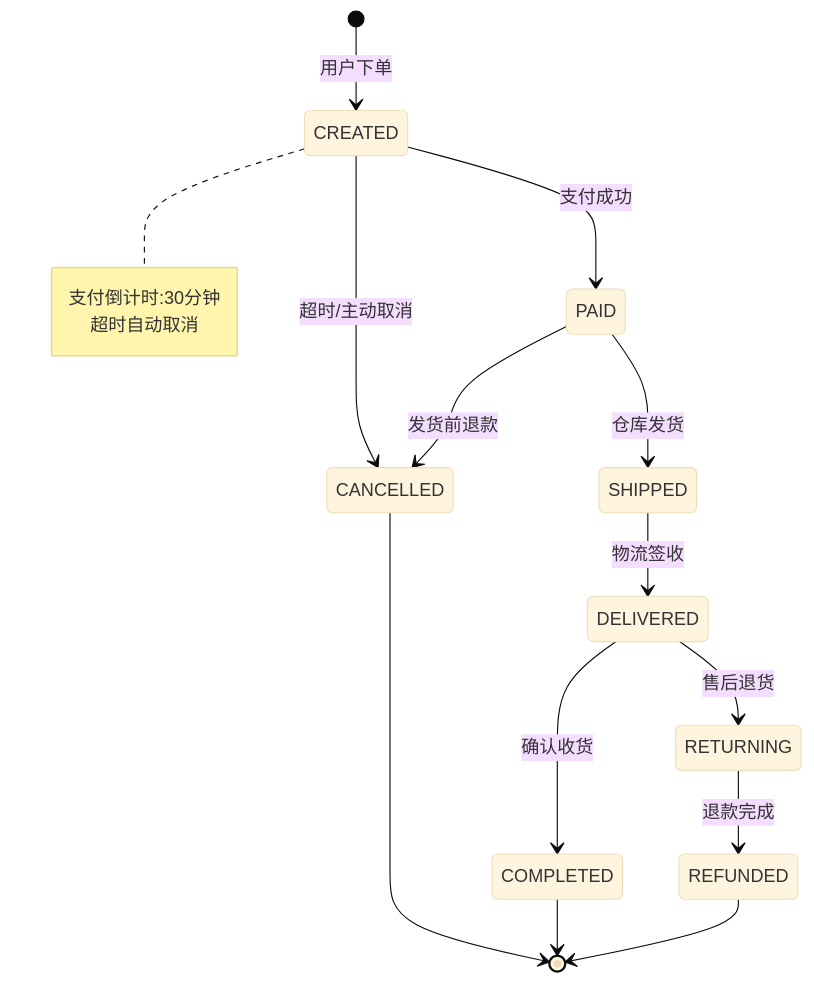
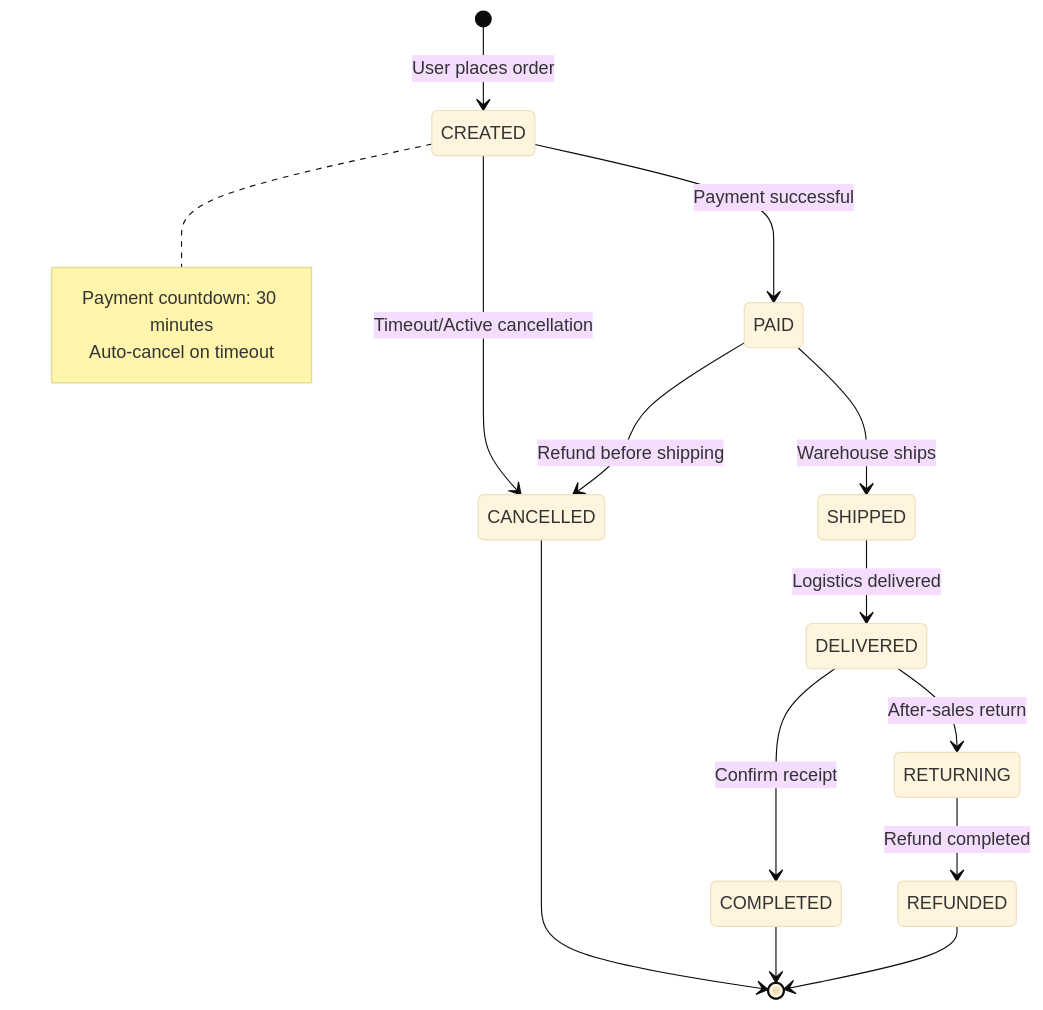
One commit to Kirky-X/cangjie changed the ninth of 15 diagrams in templates/产品/技术层/【模板】架构设计文档.md. Above: the diagram before and after it, drawn with Mermaid (base theme). The commit also changed other lines of this file and 60 other files, not shown here.

````diff
--- a/templates/产品/技术层/【模板】架构设计文档.md
+++ b/templates/产品/技术层/【模板】架构设计文档.md
@@ -424,20 +424,20 @@
 ```mermaid
 stateDiagram-v2
-    [*] --> CREATED: 用户下单
-    CREATED --> PAID: 支付成功
-    CREATED --> CANCELLED: 超时/主动取消
-    PAID --> SHIPPED: 仓库发货
-    PAID --> CANCELLED: 发货前退款
-    SHIPPED --> DELIVERED: 物流签收
-    DELIVERED --> COMPLETED: 确认收货
-    DELIVERED --> RETURNING: 售后退货
-    RETURNING --> REFUNDED: 退款完成
+    [*] --> CREATED: User places order
+    CREATED --> PAID: Payment successful
+    CREATED --> CANCELLED: Timeout/Active cancellation
+    PAID --> SHIPPED: Warehouse ships
+    PAID --> CANCELLED: Refund before shipping
+    SHIPPED --> DELIVERED: Logistics delivered
+    DELIVERED --> COMPLETED: Confirm receipt
+    DELIVERED --> RETURNING: After-sales return
+    RETURNING --> REFUNDED: Refund completed
     CANCELLED --> [*]
     COMPLETED --> [*]
     REFUNDED --> [*]
 
     note right of CREATED
-        支付倒计时:30分钟
-        超时自动取消
+        Payment countdown: 30 minutes
+        Auto-cancel on timeout
     end note
 ```
````
